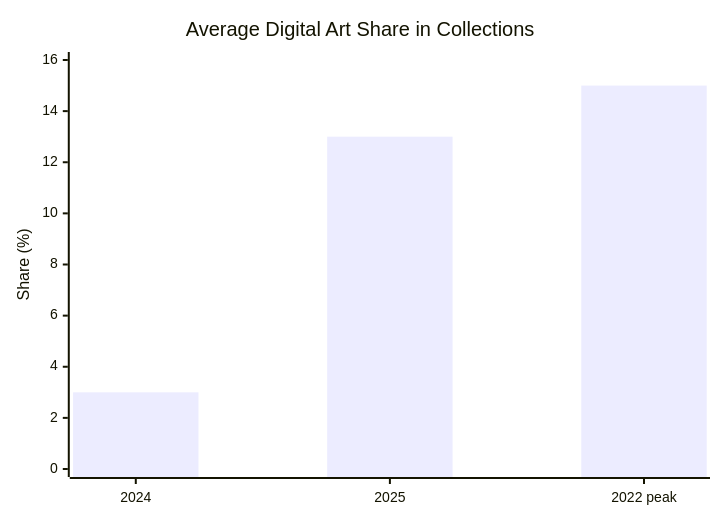
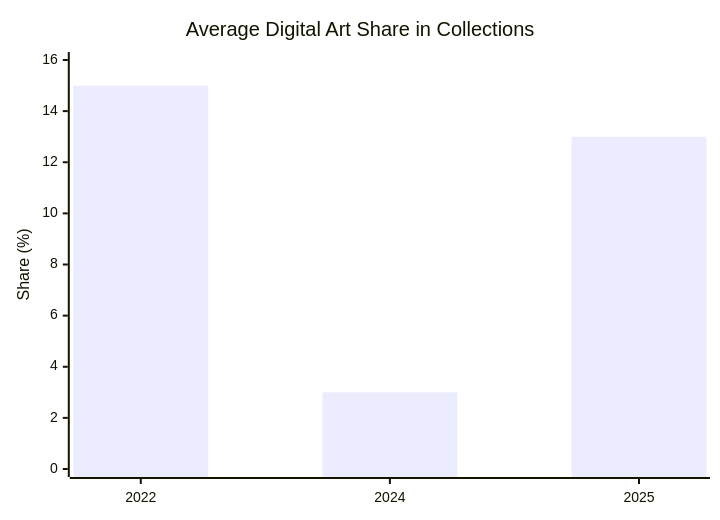
One commit to Kavehrafie/2026-nwp-AR1205 changed the second of 3 diagrams in packages/slides/pages/ar2205/w14m.md. Above: the diagram before and after it, drawn with Mermaid. The commit also changed other lines of this file and 3 other files, not shown here.

````diff
--- a/packages/slides/pages/ar2205/w14m.md
+++ b/packages/slides/pages/ar2205/w14m.md
@@ -59,7 +72,7 @@
-```mermaid {scale: 0.9}
+```mermaid {scale: 0.6}
 xychart-beta
     title "Average Digital Art Share in Collections"
-    x-axis ["2024", "2025", "2022 peak"]
+    x-axis [ "2022", "2024", "2025"]
     y-axis "Share (%)" 0 --> 16
-    bar [3, 13, 15]
+    bar [15, 3, 13]
 ```
````
